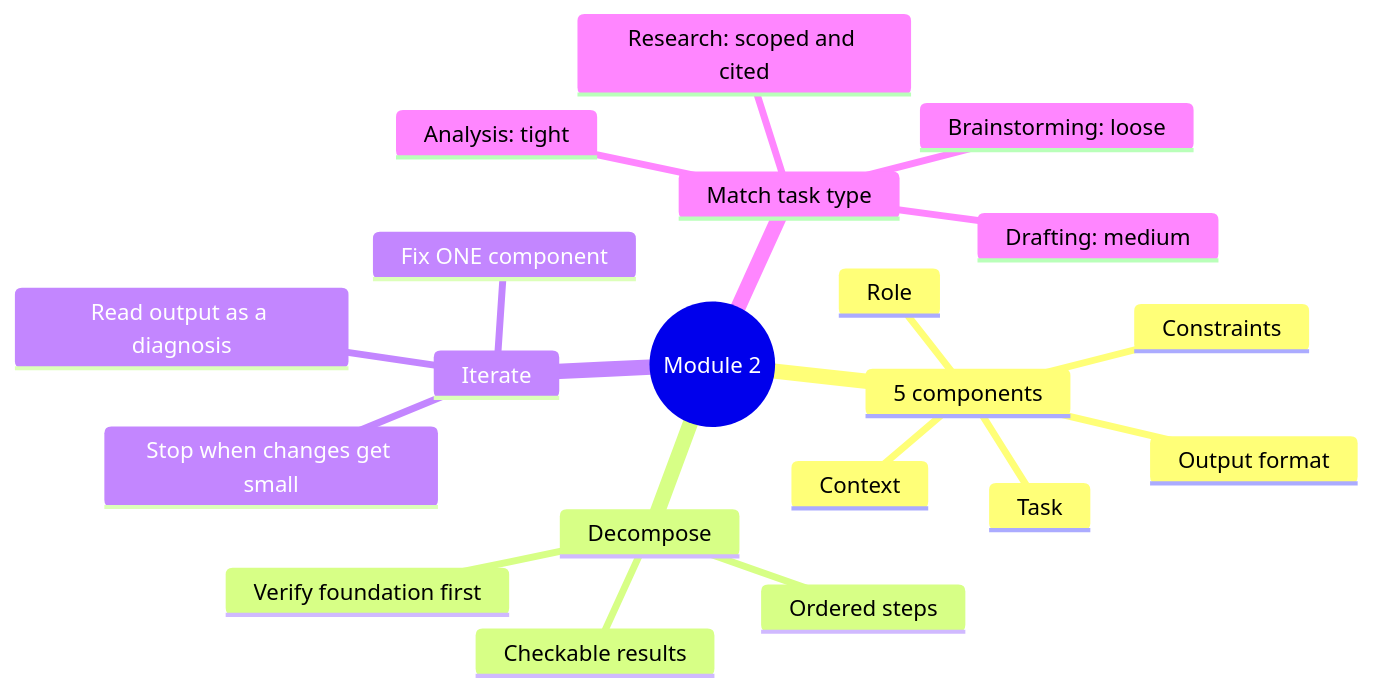
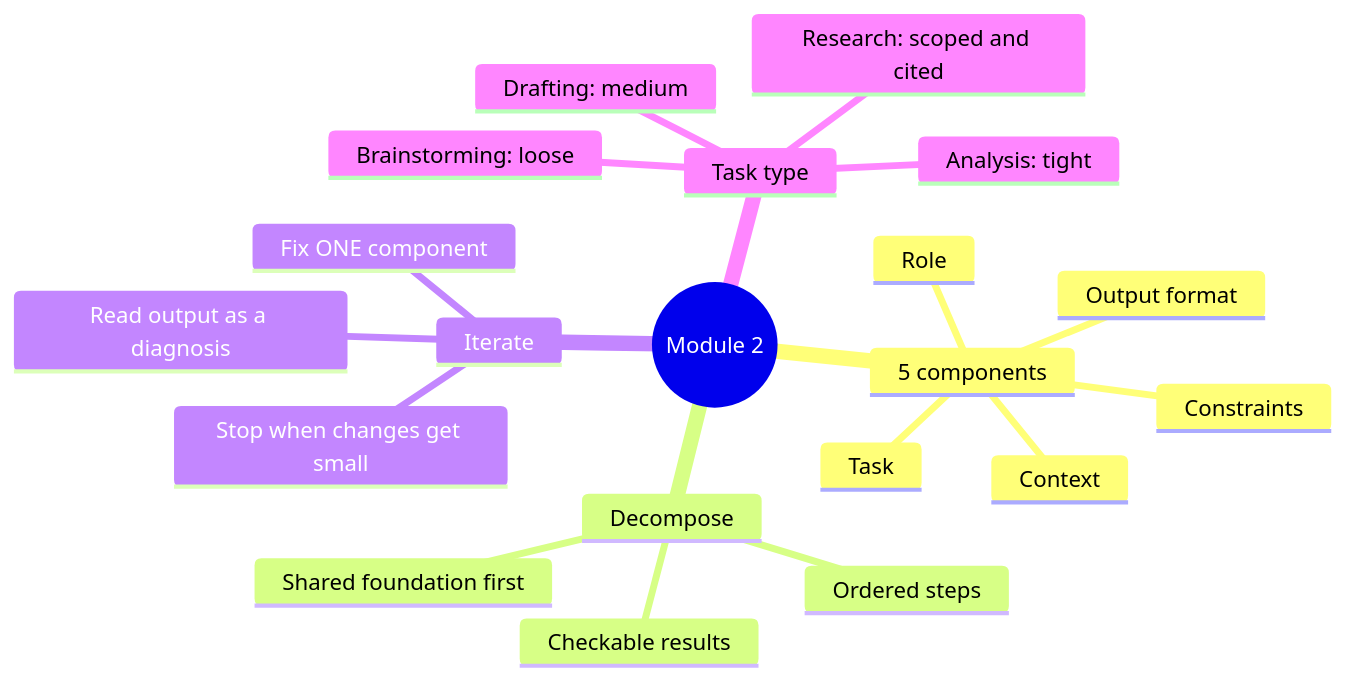
One commit to saurabhSMS1987/Public_Learning-DE-DS-ML-AI changed the first of 5 diagrams in 008 CCAO- F Certification Prep/Module-2-Prompting-and-Task-Execution.md. Above: the diagram before and after it, drawn with Mermaid. The commit also changed other lines of this file and 1 other file, not shown here.

````diff
--- a/008 CCAO- F Certification Prep/Module-2-Prompting-and-Task-Execution.md
+++ b/008 CCAO- F Certification Prep/Module-2-Prompting-and-Task-Execution.md
@@ -32,23 +10,23 @@
 ```mermaid
 mindmap
   root((Module 2))
     5 components
       Role
       Context
       Task
       Constraints
       Output format
     Decompose
       Ordered steps
       Checkable results
-      Verify foundation first
+      Shared foundation first
     Iterate
       Read output as a diagnosis
       Fix ONE component
       Stop when changes get small
-    Match task type
+    Task type
       Analysis: tight
       Research: scoped and cited
       Drafting: medium
       Brainstorming: loose
 ```
````
